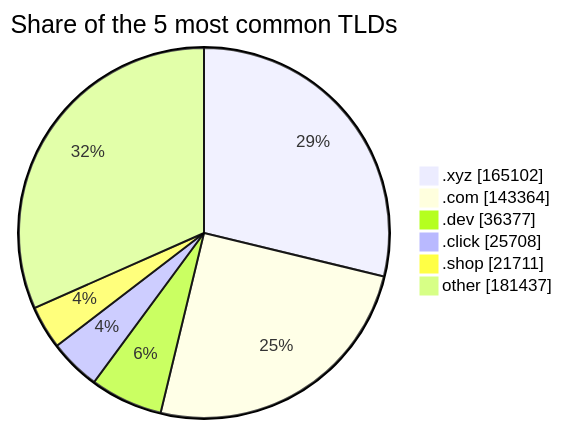
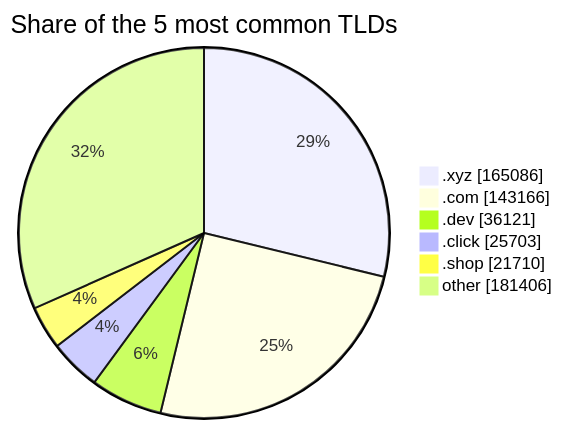
One commit to DNSBunker/CTI changed the third of 3 diagrams in README.md. Above: the diagram before and after it, drawn with Mermaid. The commit also changed other lines of this file and 3 other files, not shown here.

````diff
--- a/README.md
+++ b/README.md
@@ -81,9 +81,9 @@
 ```mermaid
 pie showData title Share of the 5 most common TLDs
-    ".xyz" : 165102
-    ".com" : 143364
-    ".dev" : 36377
-    ".click" : 25708
-    ".shop" : 21711
-    "other" : 181437
+    ".xyz" : 165086
+    ".com" : 143166
+    ".dev" : 36121
+    ".click" : 25703
+    ".shop" : 21710
+    "other" : 181406
 ```
````
